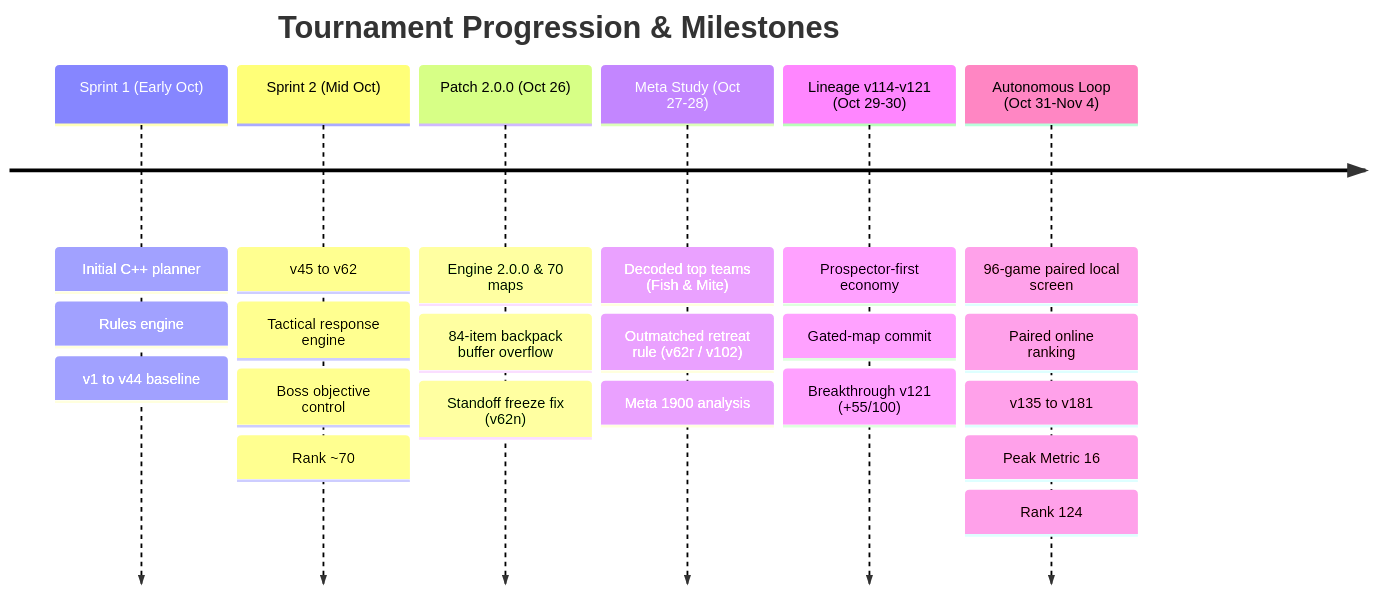
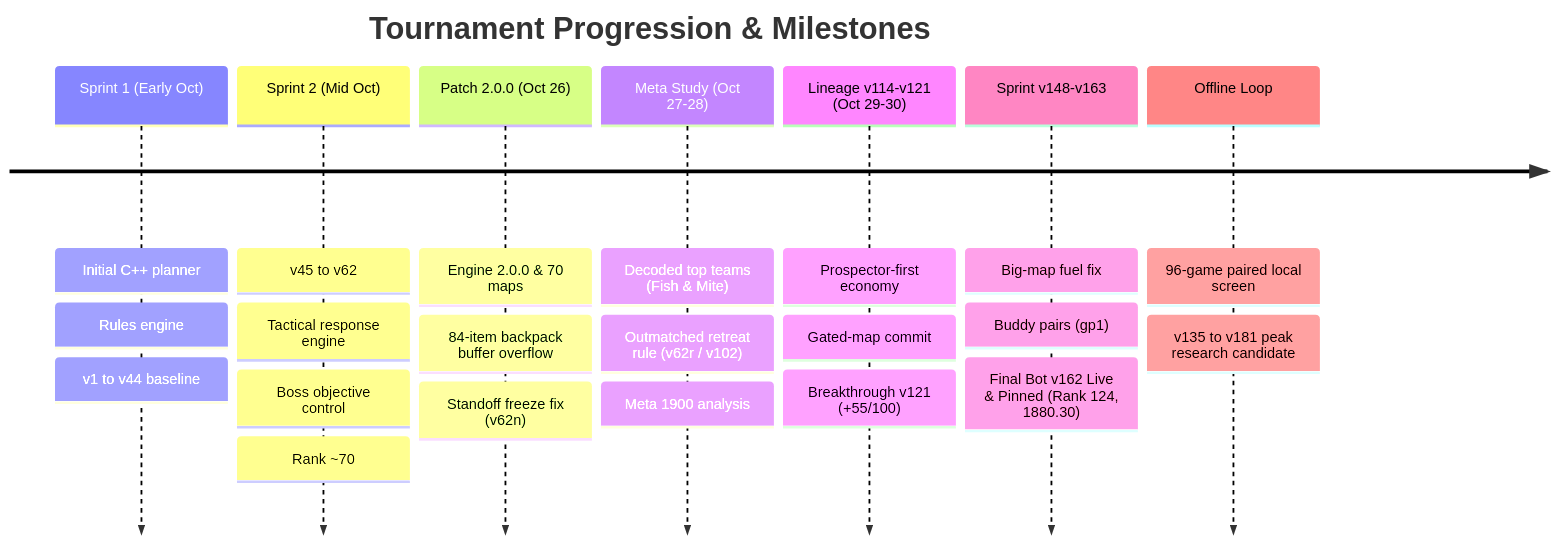
One commit to satvikmittal638/CamBattlecode-2026a changed the diagram in docs/DEVELOPMENT_TIMELINE.md. Above: the diagram before and after it, drawn with Mermaid. The commit also changed other lines of this file and 2 other files, not shown here.

First line of the commit message:
docs: document v162 as the official final tournament bot

````diff
--- a/docs/DEVELOPMENT_TIMELINE.md
+++ b/docs/DEVELOPMENT_TIMELINE.md
@@ -9,10 +9,11 @@
 ```mermaid
 timeline
     title Tournament Progression & Milestones
     Sprint 1 (Early Oct) : Initial C++ planner : Rules engine : v1 to v44 baseline
     Sprint 2 (Mid Oct) : v45 to v62 : Tactical response engine : Boss objective control : Rank ~70
     Patch 2.0.0 (Oct 26) : Engine 2.0.0 & 70 maps : 84-item backpack buffer overflow : Standoff freeze fix (v62n)
     Meta Study (Oct 27-28) : Decoded top teams (Fish & Mite) : Outmatched retreat rule (v62r / v102) : Meta 1900 analysis
     Lineage v114-v121 (Oct 29-30) : Prospector-first economy : Gated-map commit : Breakthrough v121 (+55/100)
-    Autonomous Loop (Oct 31-Nov 4) : 96-game paired local screen : Paired online ranking : v135 to v181 : Peak Metric 16 : Rank 124
+    Sprint v148-v163 : Big-map fuel fix : Buddy pairs (gp1) : Final Bot v162 Live & Pinned (Rank 124, 1880.30)
+    Offline Loop : 96-game paired local screen : v135 to v181 peak research candidate
 ```
````
